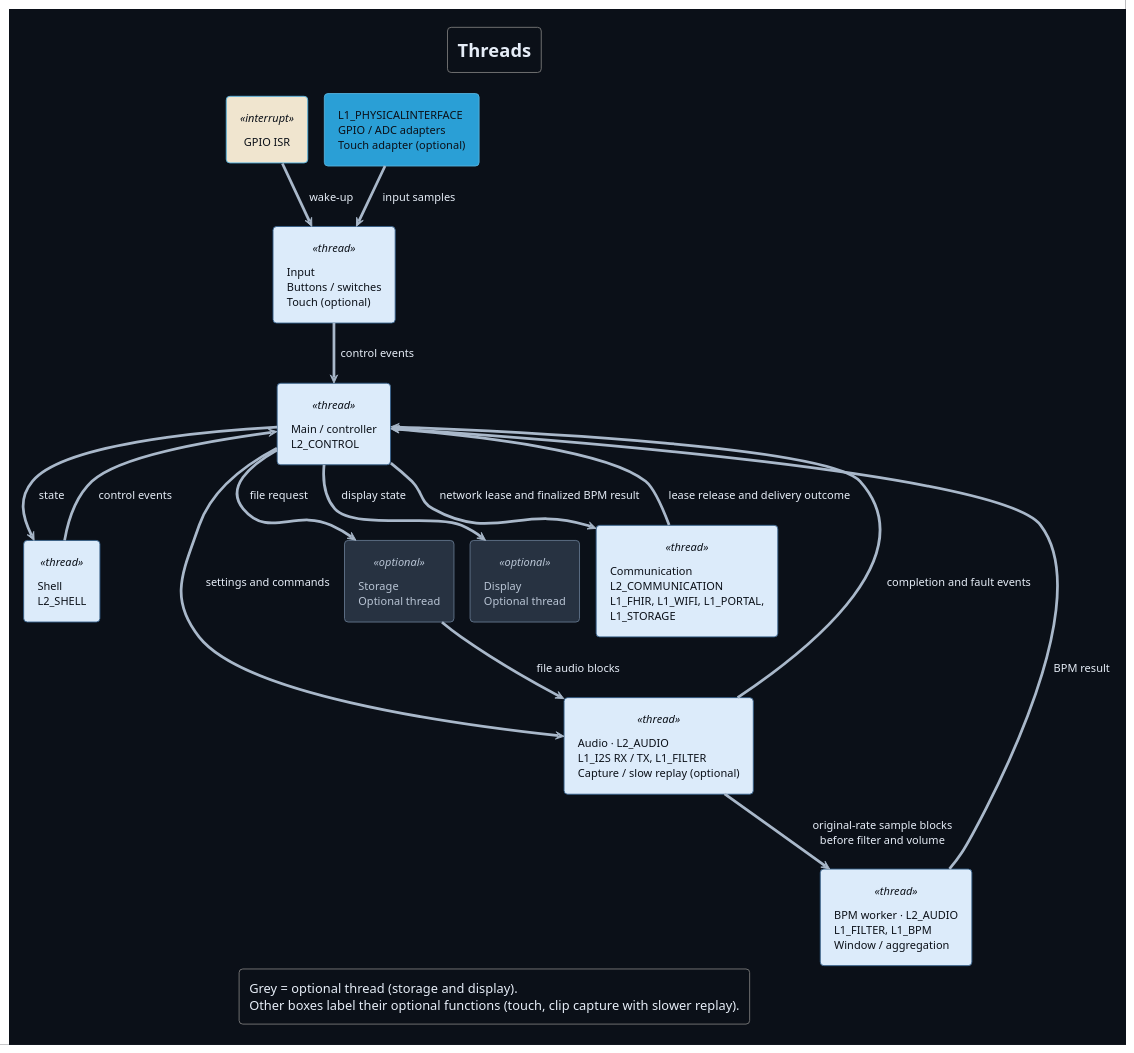
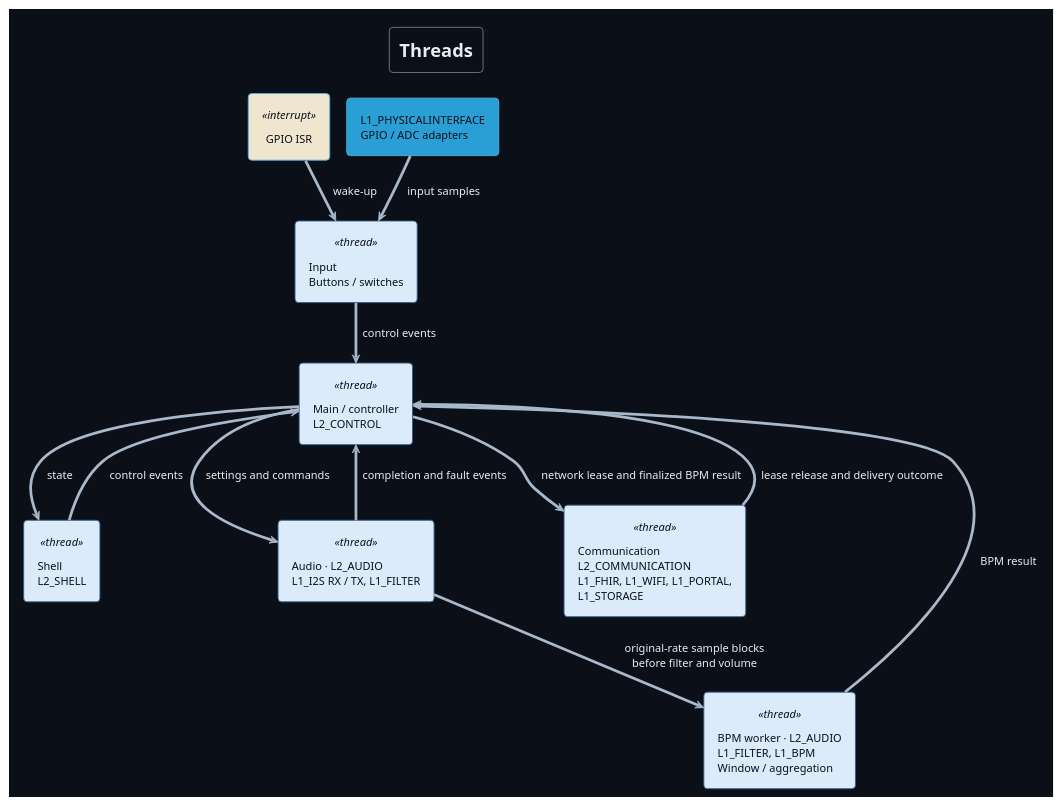
Before and after one commit to DemonicPsychoII/DigitalStethoscope: the diagram in Development/system/architecture/system/puml/runtime-ownership.puml, drawn with PlantUML. The commit also changed 24 other files, not shown here.

First line of the commit message:
documentation: remove the functions outside the product from the architecture views

```diff
--- a/Development/system/architecture/system/puml/runtime-ownership.puml
+++ b/Development/system/architecture/system/puml/runtime-ownership.puml
@@ -1,58 +1,49 @@
 @startuml runtime_ownership
 !theme cyborg
 !pragma layout smetana
 skinparam shadowing false
 skinparam backgroundColor #0b1018
 skinparam defaultFontColor #e6edf7
 skinparam ArrowColor #a9b8ca
 skinparam component {
  FontColor #0b1018
  BackgroundColor<<optional>> #273241
  BorderColor<<optional>> #61738a
  FontColor<<optional>> #b8c4d4
 }
 skinparam artifact {
  BackgroundColor<<optional>> #273241
  BorderColor<<optional>> #61738a
  FontColor<<optional>> #b8c4d4
 }
 skinparam componentStyle rectangle
 skinparam defaultFontName SansSerif
 title Threads
 top to bottom direction
 skinparam component {
  BackgroundColor<<thread>> #DCEBFA
  BorderColor<<thread>> #345E87
  FontColor<<thread>> #0b1018
  BackgroundColor<<interrupt>> #F0E5CF
  FontColor<<interrupt>> #0b1018
 }
 component "GPIO ISR" as irq <<interrupt>>
-component "L1_PHYSICALINTERFACE\nGPIO / ADC adapters\nTouch adapter (optional)" as adapters
-component "Input\nButtons / switches\nTouch (optional)" as inp <<thread>>
+component "L1_PHYSICALINTERFACE\nGPIO / ADC adapters" as adapters
+component "Input\nButtons / switches" as inp <<thread>>
 component "Shell\nL2_SHELL" as shell <<thread>>
 component "Main / controller\nL2_CONTROL" as ctl <<thread>>
-component "Audio · L2_AUDIO\nL1_I2S RX / TX, L1_FILTER\nCapture / slow replay (optional)" as audio <<thread>>
+component "Audio · L2_AUDIO\nL1_I2S RX / TX, L1_FILTER" as audio <<thread>>
 component "BPM worker · L2_AUDIO\nL1_FILTER, L1_BPM\nWindow / aggregation" as bpm <<thread>>
-component "Storage\nOptional thread" as storage <<optional>>
-component "Display\nOptional thread" as display <<optional>>
 component "Communication\nL2_COMMUNICATION\nL1_FHIR, L1_WIFI, L1_PORTAL,\nL1_STORAGE" as net <<thread>>
 irq --> inp : wake-up
 adapters --> inp : input samples
 inp --> ctl : control events
 shell --> ctl : control events
 ctl --> shell : state
 ctl --> audio : settings and commands
 audio --> bpm : original-rate sample blocks\nbefore filter and volume
 bpm --> ctl : BPM result
 audio --> ctl : completion and fault events
-ctl --> storage : file request
-storage --> audio : file audio blocks
-ctl --> display : display state
 ctl --> net : network lease and finalized BPM result
 net --> ctl : lease release and delivery outcome
-legend bottom
-  Grey = optional thread (storage and display).
-  Other boxes label their optional functions (touch, clip capture with slower replay).
-endlegend
 @enduml
```
